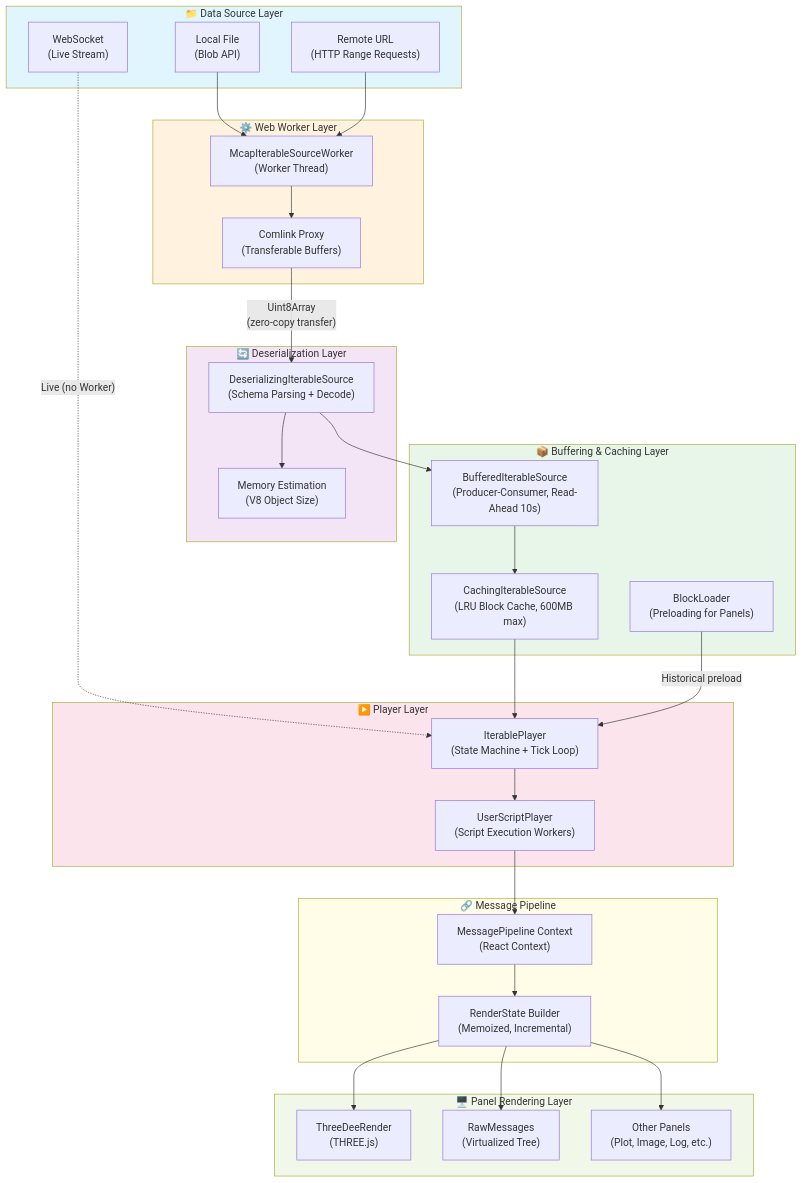
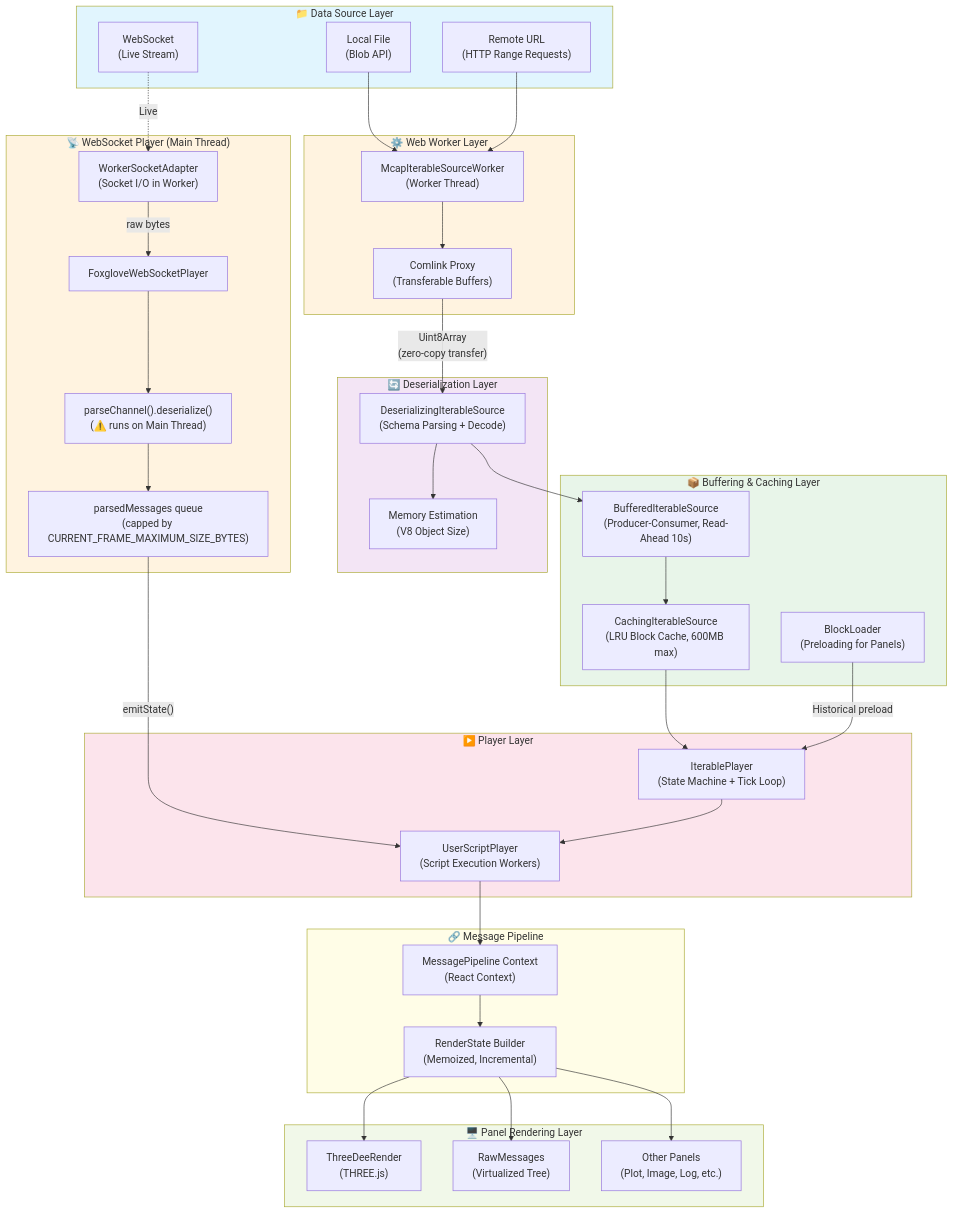
Before and after one commit to GitHub-ZuoWei/lichtblick: the first of 21 diagrams in docs/performance/README.md, drawn with Mermaid.

Commit message:
feat: add WebSocket player layer to performance documentation flowchart

````diff
--- a/docs/performance/README.md
+++ b/docs/performance/README.md
@@ -27,68 +27,81 @@
 ```mermaid
 flowchart TB
     subgraph DataSource["📁 Data Source Layer"]
         LocalFile["Local File<br/>(Blob API)"]
         RemoteURL["Remote URL<br/>(HTTP Range Requests)"]
         WebSocket["WebSocket<br/>(Live Stream)"]
     end
 
     subgraph WorkerLayer["⚙️ Web Worker Layer"]
         McapWorker["McapIterableSourceWorker<br/>(Worker Thread)"]
         Comlink["Comlink Proxy<br/>(Transferable Buffers)"]
     end
 
     subgraph DeserLayer["🔄 Deserialization Layer"]
         DeserSource["DeserializingIterableSource<br/>(Schema Parsing + Decode)"]
         MemEstimation["Memory Estimation<br/>(V8 Object Size)"]
     end
 
     subgraph BufferLayer["📦 Buffering & Caching Layer"]
         BufferedSource["BufferedIterableSource<br/>(Producer-Consumer, Read-Ahead 10s)"]
         CachingSource["CachingIterableSource<br/>(LRU Block Cache, 600MB max)"]
         BlockLoader["BlockLoader<br/>(Preloading for Panels)"]
     end
 
+    subgraph WSPlayerLayer["📡 WebSocket Player (Main Thread)"]
+        WSWorker["WorkerSocketAdapter<br/>(Socket I/O in Worker)"]
+        WSPlayer["FoxgloveWebSocketPlayer"]
+        WSDeser["parseChannel().deserialize()<br/>(⚠️ runs on Main Thread)"]
+        WSBuffer["parsedMessages queue<br/>(capped by CURRENT_FRAME_MAXIMUM_SIZE_BYTES)"]
+    end
+
     subgraph PlayerLayer["▶️ Player Layer"]
         IterablePlayer["IterablePlayer<br/>(State Machine + Tick Loop)"]
         UserScriptPlayer["UserScriptPlayer<br/>(Script Execution Workers)"]
     end
 
     subgraph PipelineLayer["🔗 Message Pipeline"]
         MsgPipeline["MessagePipeline Context<br/>(React Context)"]
         RenderState["RenderState Builder<br/>(Memoized, Incremental)"]
     end
 
     subgraph PanelLayer["🖥️ Panel Rendering Layer"]
         ThreeDee["ThreeDeeRender<br/>(THREE.js)"]
         RawMsg["RawMessages<br/>(Virtualized Tree)"]
         OtherPanels["Other Panels<br/>(Plot, Image, Log, etc.)"]
     end
 
     LocalFile --> McapWorker
     RemoteURL --> McapWorker
-    WebSocket -.->|"Live (no Worker)"| IterablePlayer
+    WebSocket -.->|"Live"| WSWorker
+
+    WSWorker -->|"raw bytes"| WSPlayer
+    WSPlayer --> WSDeser
+    WSDeser --> WSBuffer
+    WSBuffer -->|"emitState()"| UserScriptPlayer
 
     McapWorker --> Comlink
     Comlink -->|"Uint8Array<br/>(zero-copy transfer)"| DeserSource
     DeserSource --> MemEstimation
     DeserSource --> BufferedSource
     BufferedSource --> CachingSource
     CachingSource --> IterablePlayer
     BlockLoader -->|"Historical preload"| IterablePlayer
 
     IterablePlayer --> UserScriptPlayer
     UserScriptPlayer --> MsgPipeline
     MsgPipeline --> RenderState
 
     RenderState --> ThreeDee
     RenderState --> RawMsg
     RenderState --> OtherPanels
 
     style DataSource fill:#e1f5fe
     style WorkerLayer fill:#fff3e0
     style DeserLayer fill:#f3e5f5
     style BufferLayer fill:#e8f5e9
+    style WSPlayerLayer fill:#fff3e0
     style PlayerLayer fill:#fce4ec
     style PipelineLayer fill:#fffde7
     style PanelLayer fill:#f1f8e9
 ```
````
